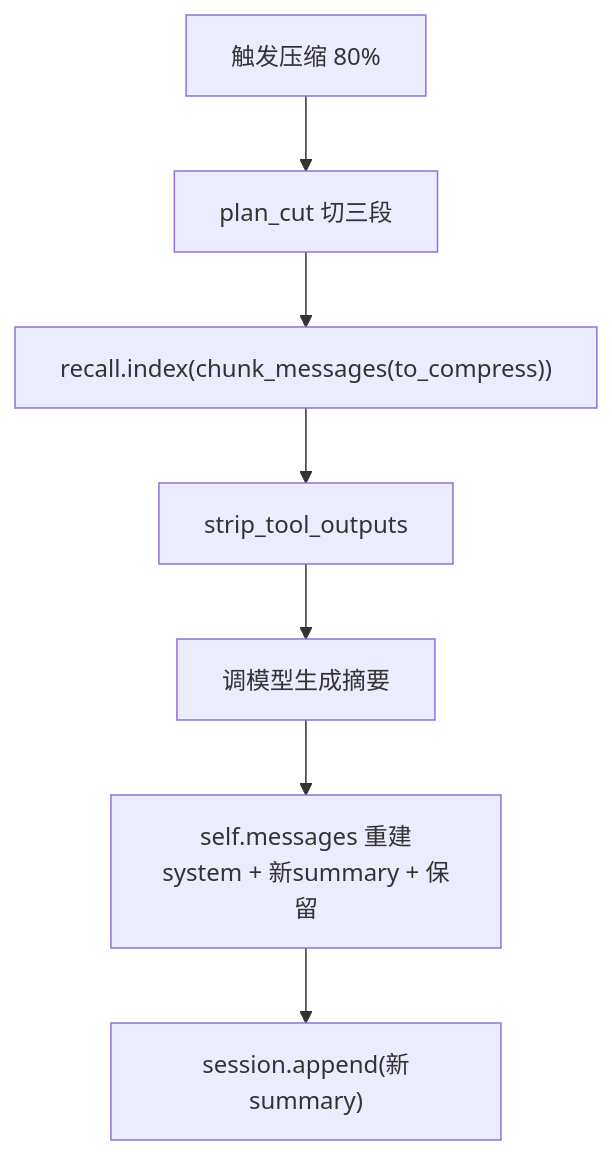
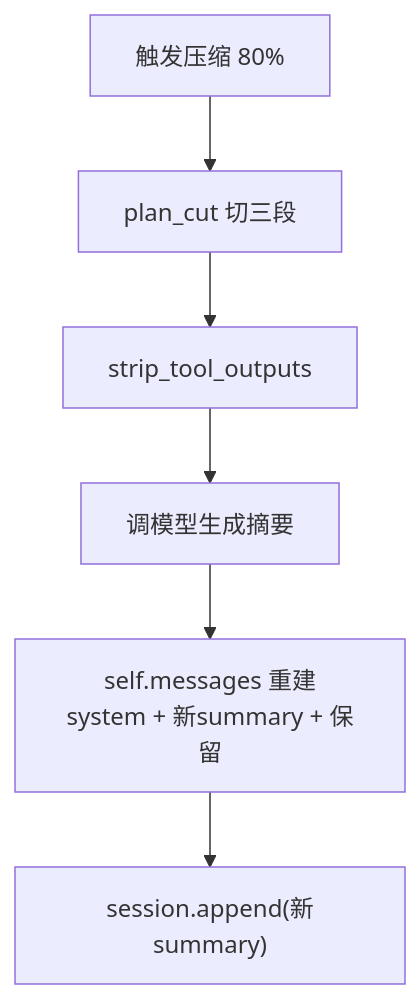
The second of 3 diagrams in docs/session.md (Seann0824/Shirley), drawn with Mermaid before and after one commit. The commit also changed other lines of this file and 26 other files, not shown here.

````diff
--- a/docs/session.md
+++ b/docs/session.md
@@ -211,9 +180,8 @@
 ```mermaid
 graph TD
     C["触发压缩 80%"] --> S["plan_cut 切三段"]
-    S --> IDX["recall.index(chunk_messages(to_compress))"]
-    IDX --> CLR["strip_tool_outputs"]
+    S --> CLR["strip_tool_outputs"]
     CLR --> LLM["调模型生成摘要"]
     LLM --> RB["self.messages 重建<br/>system + 新summary + 保留"]
     RB --> AP["session.append(新summary)"]
 ```
````
